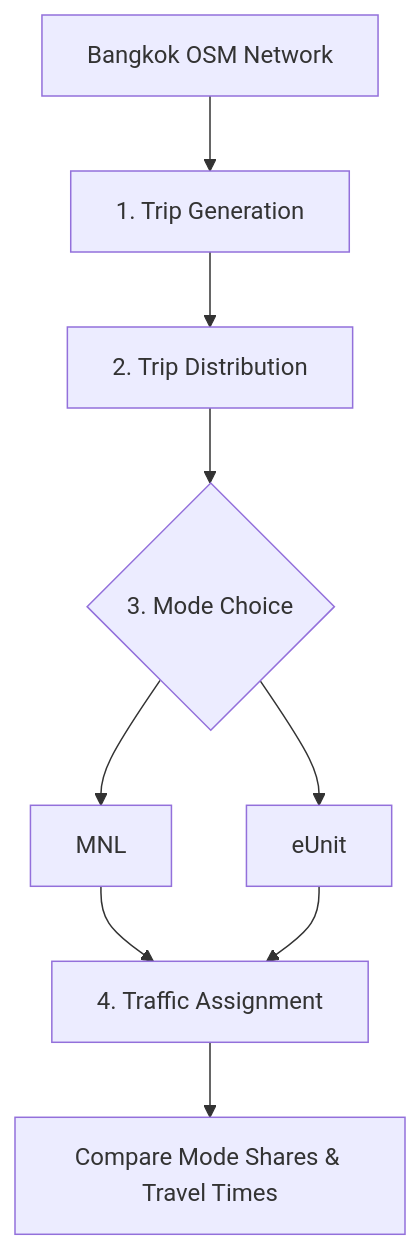
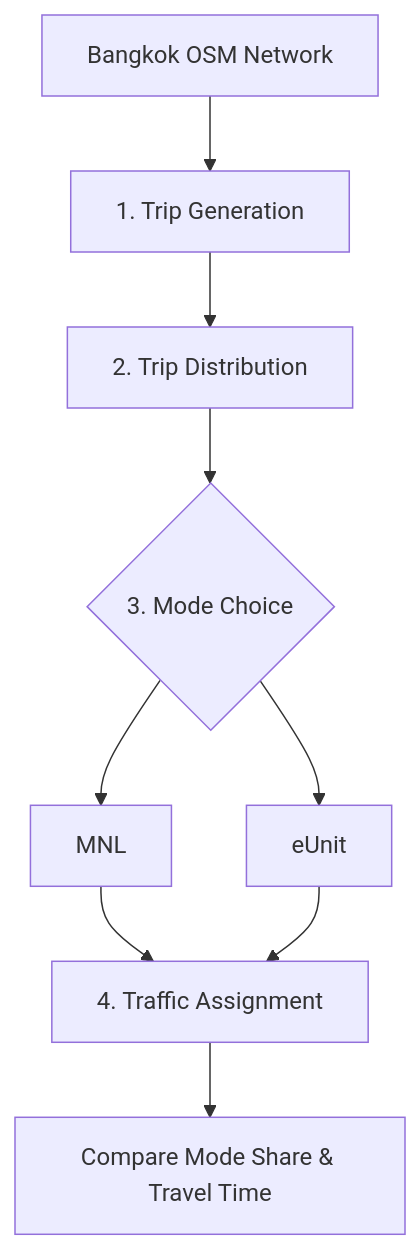
The diagram in README.md (psalaloung-JOJO/bangkok-four-step-mnl-eunit), drawn with Mermaid before and after one commit.

````diff
--- a/README.md
+++ b/README.md
@@ -16,11 +16,11 @@
 ```mermaid
 flowchart TD
     A[Bangkok OSM Network] --> B[1. Trip Generation]
     B --> C[2. Trip Distribution]
     C --> D{3. Mode Choice}
     D --> E[MNL]
     D --> F[eUnit]
     E --> G[4. Traffic Assignment]
     F --> G
-    G --> H[Compare Mode Shares & Travel Times]
+    G --> H[Compare Mode Share & Travel Time]
 ```
````
